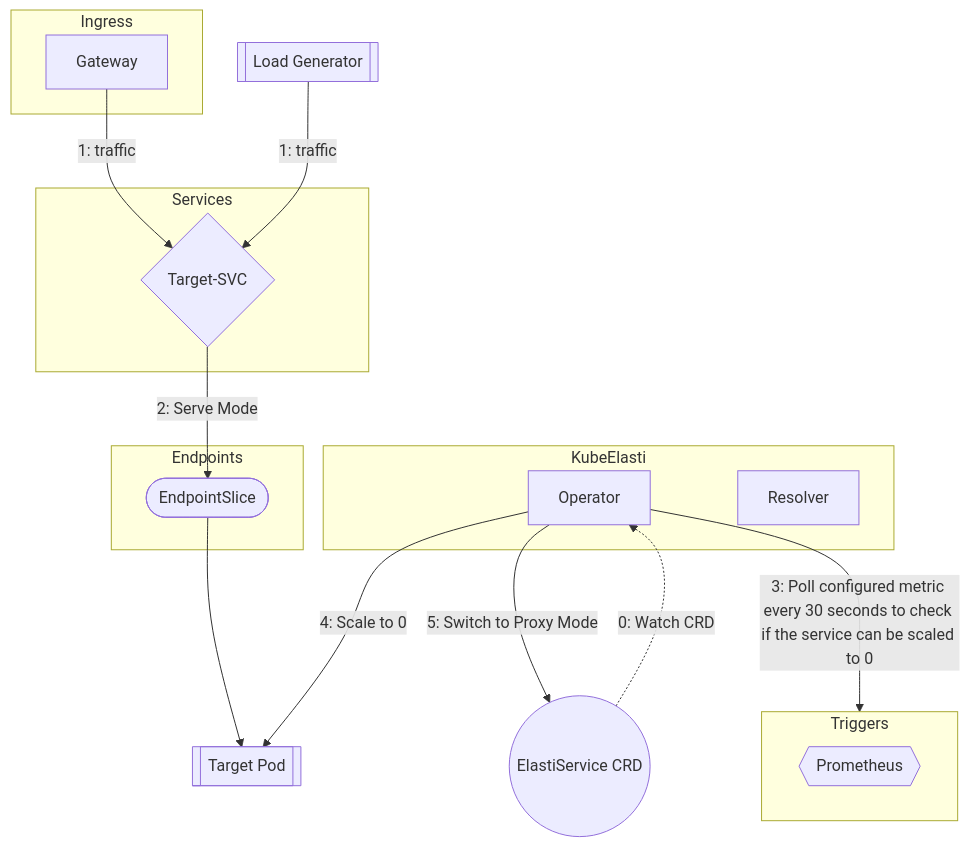
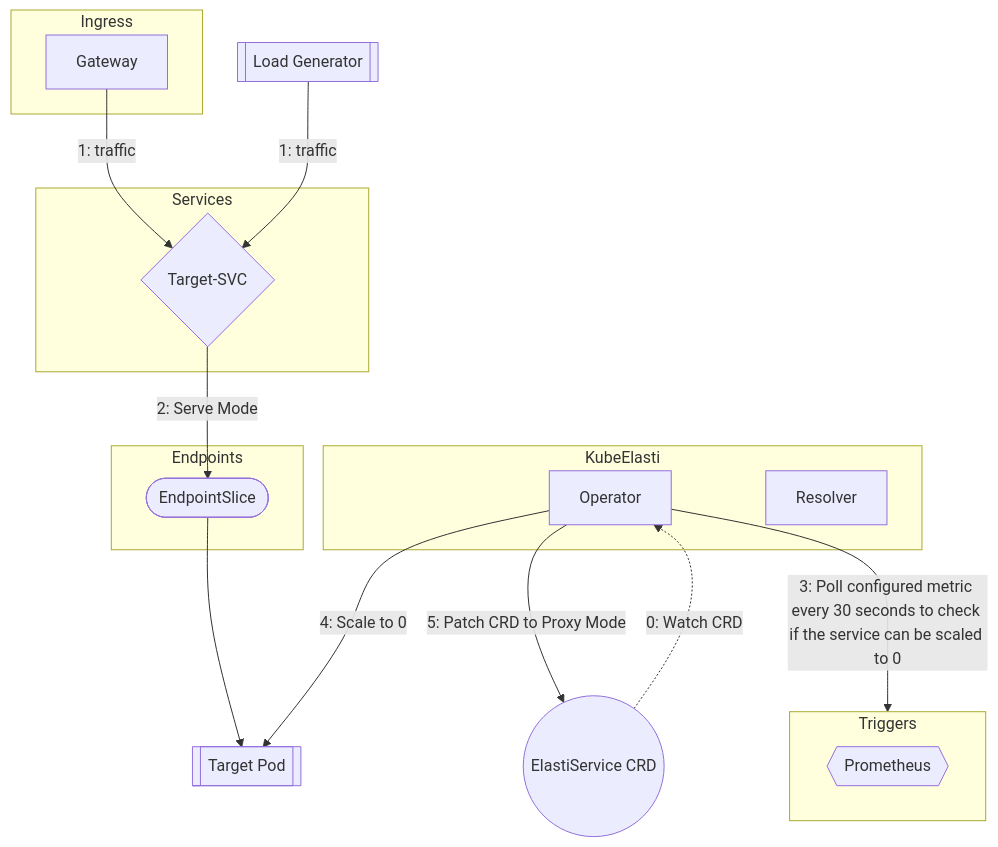
One commit to truefoundry/elasti changed the first of 2 diagrams in docs/src/arch-architecture.md. Above: the diagram before and after it, drawn with Mermaid. The commit also changed other lines of this file and 5 other files, not shown here.

````diff
--- a/docs/src/arch-architecture.md
+++ b/docs/src/arch-architecture.md
@@ -16,45 +16,45 @@
 ```mermaid
 flowchart TB
   %% === Zones ===
   LoadGen[[Load Generator]]
   subgraph INGRESS ["Ingress"]
     Gateway[Gateway]
   end
 
   subgraph ElastiPlane ["KubeElasti"]
     Operator[Operator]
     Resolver[Resolver]
   end
   
       ESCRD((ElastiService CRD))
 
 subgraph Triggers ["Triggers"]
   Prom{{Prometheus}}
 end
 
 
 %%   subgraph ELASTI_CRD ["ElastiService CRD"]
     
 %%   end
 
 subgraph Services
   TargetSVC{Target-SVC}
 end
 
   subgraph Endpoints
     SVC_EPS([EndpointSlice])
   end
 
   Pod[[Target Pod]]
 
   %% === Traffic Flow ===
   Gateway -->|1: traffic| TargetSVC
   LoadGen -->|1: traffic| TargetSVC
   TargetSVC -->|2: Serve Mode| SVC_EPS --> Pod
 
   %% === Operator Flow ===
   ESCRD -. "0: Watch CRD" .-> Operator
   Operator -->|4: Scale to 0| Pod
   Operator -->|3: Poll configured metric every 30 seconds to check if the service can be scaled to 0| Triggers
-  Operator -->|5: Switch to Proxy Mode| ESCRD
+  Operator -->|5: Patch CRD to Proxy Mode| ESCRD
 ```
````
